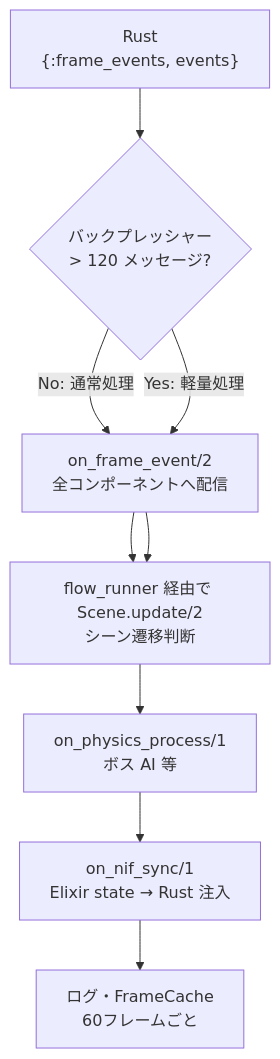
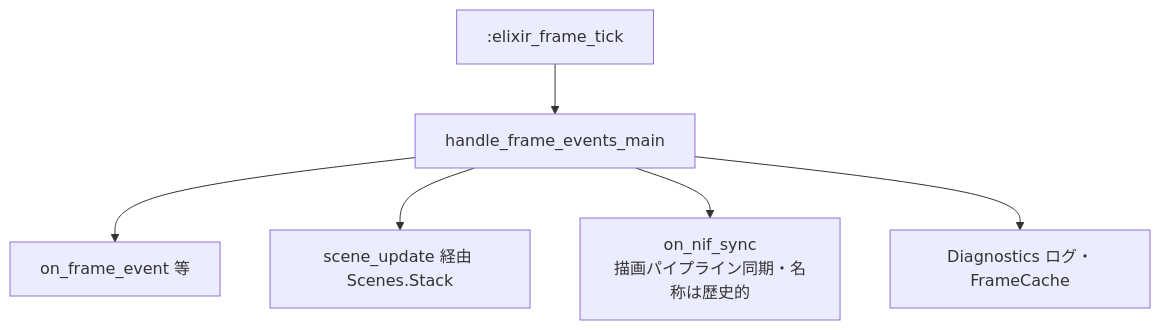
One commit to FRICK-ELDY/alchemy-engine changed the second of 2 diagrams in docs/architecture/elixir/contents.md. Above: the diagram before and after it, drawn with Mermaid. The commit also changed other lines of this file and 11 other files, not shown here.

Commit message:
docs(architecture): 現行構成（Formula NIF・Elixir tick・3 コンテンツ）に合わせて更新

````diff
--- a/docs/architecture/elixir/contents.md
+++ b/docs/architecture/elixir/contents.md
@@ -88,14 +76,15 @@
 ```mermaid
 flowchart TD
-    R["Rust\n{:frame_events, events}"]
-    BP{バックプレッシャー\n> 120 メッセージ?}
-    FE[on_frame_event/2\n全コンポーネントへ配信]
-    SC[flow_runner 経由で Scene.update/2\nシーン遷移判断]
-    PHY[on_physics_process/1\nボス AI 等]
-    NIF[on_nif_sync/1\nElixir state → Rust 注入]
-    LOG[ログ・FrameCache\n60フレームごと]
+    TICK[:elixir_frame_tick]
+    MAIN[handle_frame_events_main]
+    EVT[on_frame_event 等]
+    SC[scene_update 経由 Scenes.Stack]
+    SYNC[on_nif_sync<br/>描画パイプライン同期・名称は歴史的]
+    DIAG[Diagnostics ログ・FrameCache]
 
-    R --> BP
-    BP -->|No: 通常処理| FE --> SC --> PHY --> NIF --> LOG
-    BP -->|Yes: 軽量処理| FE --> SC
+    TICK --> MAIN
+    MAIN --> EVT
+    MAIN --> SC
+    MAIN --> SYNC
+    MAIN --> DIAG
 ```
````
